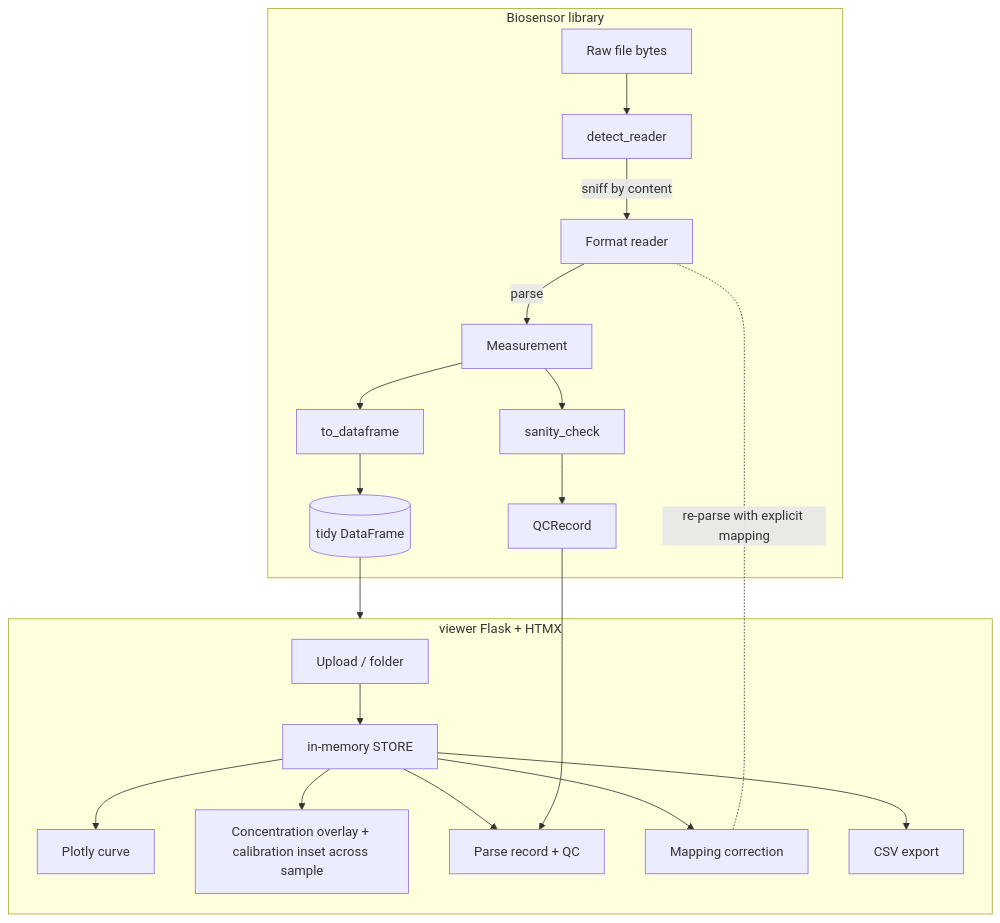
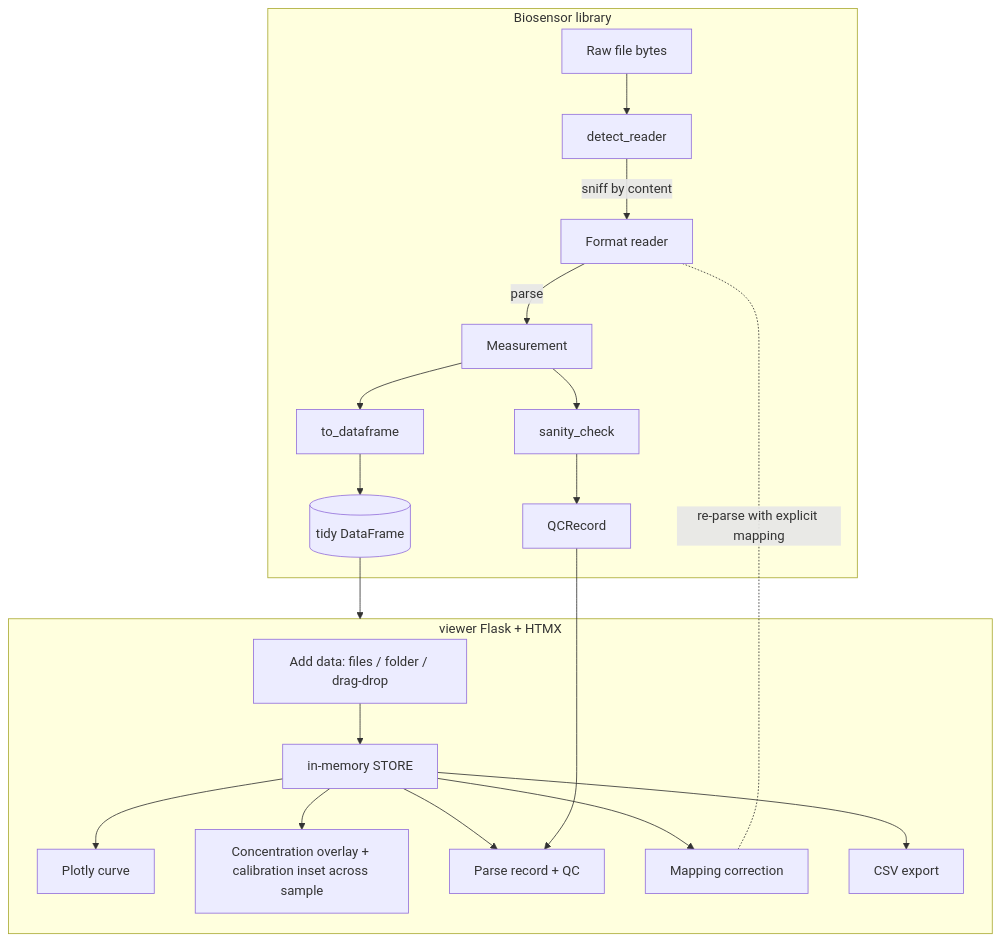
The diagram in ARCHITECTURE.md (shehuphd/biosensor), drawn with Mermaid before and after one commit. The commit also changed 29 other files, not shown here.

````diff
--- a/ARCHITECTURE.md
+++ b/ARCHITECTURE.md
@@ -9,25 +9,25 @@
 ```mermaid
 flowchart TD
     subgraph lib[Biosensor library]
         raw[Raw file bytes] --> detect[detect_reader]
         detect -->|sniff by content| reader[Format reader]
         reader -->|parse| meas[Measurement]
         meas --> qc[sanity_check]
         qc --> qcrec[QCRecord]
         meas --> tdf[to_dataframe]
         tdf --> frame[(tidy DataFrame)]
     end
 
     subgraph app[viewer Flask + HTMX]
-        upload[Upload / folder] --> store[in-memory STORE]
+        upload[Add data: files / folder / drag-drop] --> store[in-memory STORE]
         store --> plot[Plotly curve]
         store --> overlay[Concentration overlay + calibration inset across sample]
         store --> record[Parse record + QC]
         store --> mapfix[Mapping correction]
         store --> export[CSV export]
     end
 
     frame --> app
     qcrec --> record
     reader -. re-parse with explicit mapping .- mapfix
 ```
````
